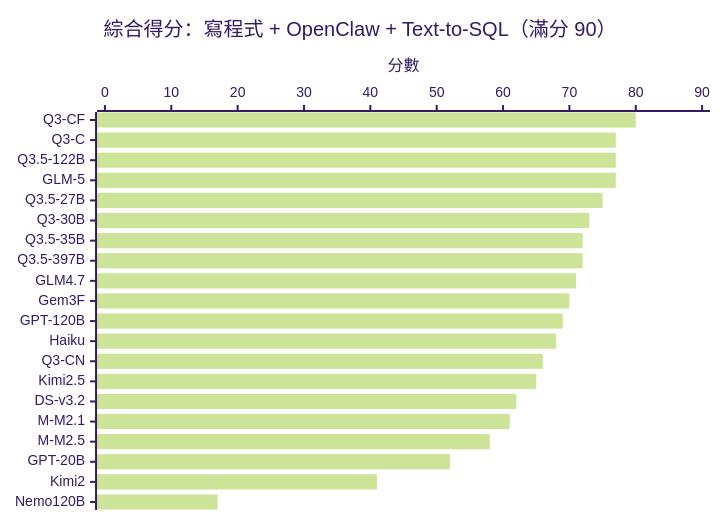
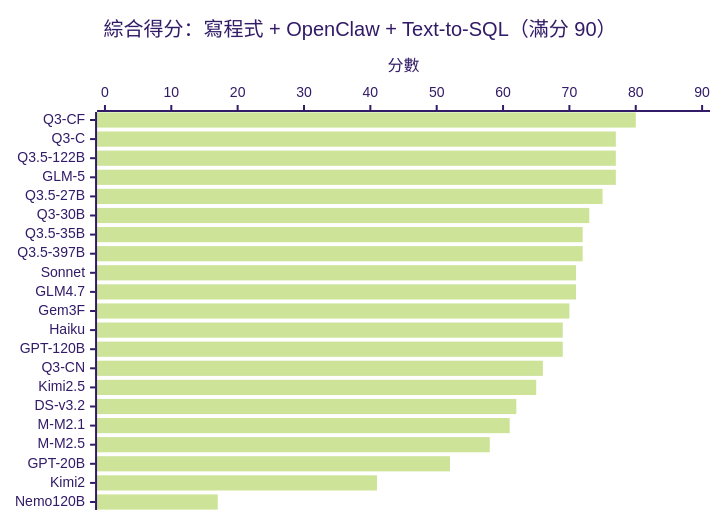
The first of 2 diagrams in README_zh.md (ywchiu/local_agentic_llm), drawn with Mermaid (forest theme) before and after one commit. The commit also changed other lines of this file and 1 other file, not shown here.

First line of the commit message:
docs: add claude-sonnet-4.6 to all leaderboards

````diff
--- a/README_zh.md
+++ b/README_zh.md
@@ -18,7 +18,7 @@
 ```mermaid
 xychart-beta horizontal
     title "綜合得分：寫程式 + OpenClaw + Text-to-SQL（滿分 90）"
-    x-axis ["Q3-CF", "Q3-C", "Q3.5-122B", "GLM-5", "Q3.5-27B", "Q3-30B", "Q3.5-35B", "Q3.5-397B", "GLM4.7", "Gem3F", "GPT-120B", "Haiku", "Q3-CN", "Kimi2.5", "DS-v3.2", "M-M2.1", "M-M2.5", "GPT-20B", "Kimi2", "Nemo120B"]
+    x-axis ["Q3-CF", "Q3-C", "Q3.5-122B", "GLM-5", "Q3.5-27B", "Q3-30B", "Q3.5-35B", "Q3.5-397B", "Sonnet", "GLM4.7", "Gem3F", "Haiku", "GPT-120B", "Q3-CN", "Kimi2.5", "DS-v3.2", "M-M2.1", "M-M2.5", "GPT-20B", "Kimi2", "Nemo120B"]
     y-axis "分數" 0 --> 90
-    bar [80, 77, 77, 77, 75, 73, 72, 72, 71, 70, 69, 68, 66, 65, 62, 61, 58, 52, 41, 17]
+    bar [80, 77, 77, 77, 75, 73, 72, 72, 71, 71, 70, 69, 69, 66, 65, 62, 61, 58, 52, 41, 17]
 ```
````
